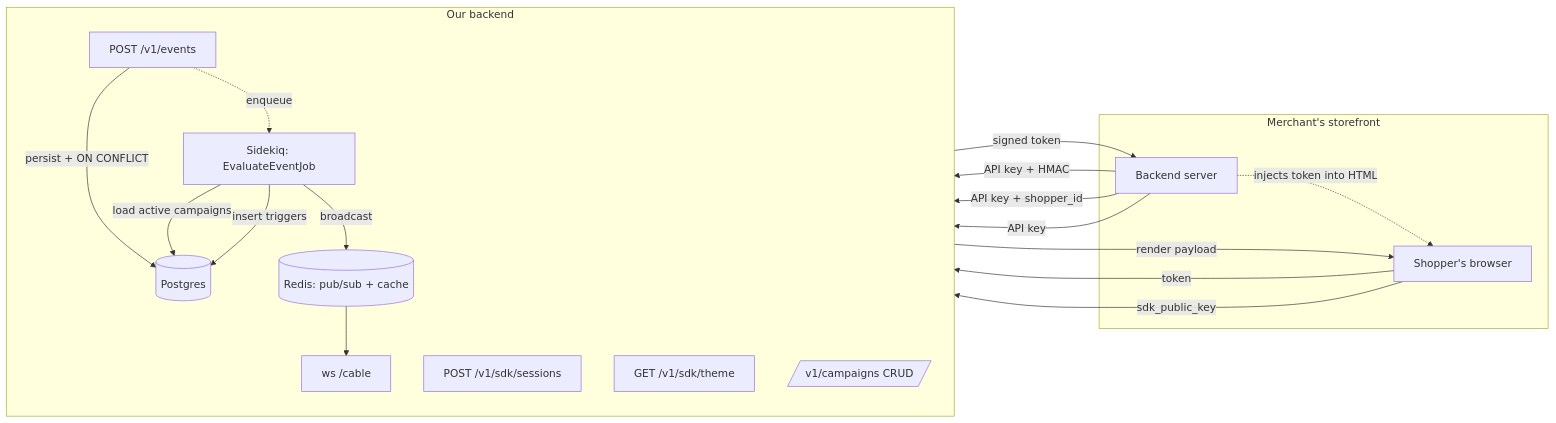
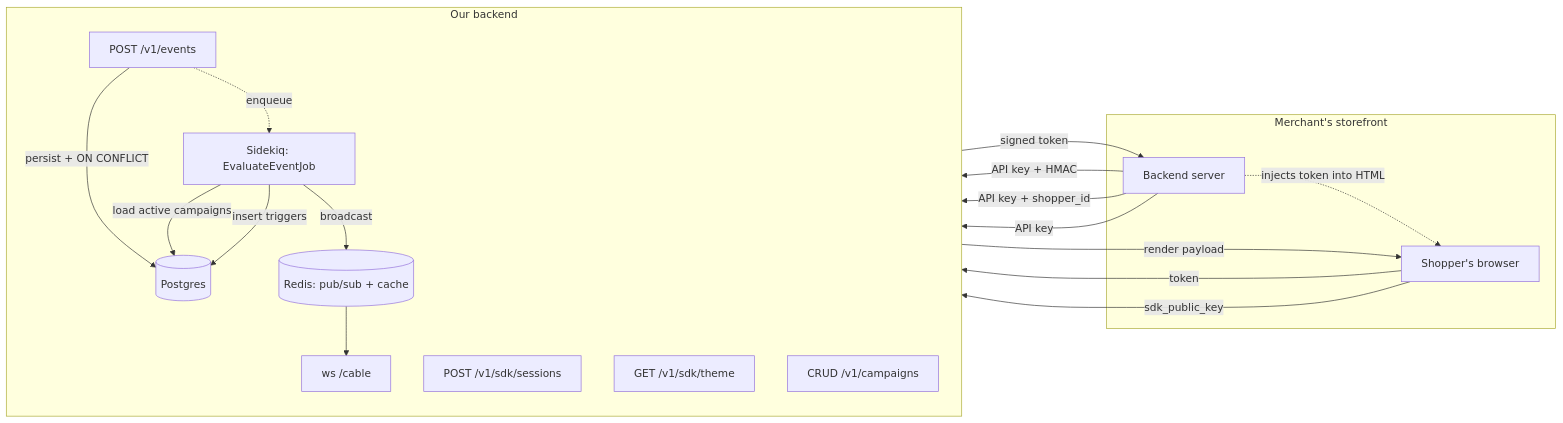
One commit to rebase-master/99minds-embeddable-widget-platform changed the diagram in README.md. Above: the diagram before and after it, drawn with Mermaid.

Commit message:
Fix: Mermaid diagram node label quoting
CM[/v1/campaigns CRUD/] rendered as a parallelogram (Mermaid shape
syntax) instead of a rectangle. Quote all labels with /, :, + to
prevent shape-marker misinterpretation across Mermaid versions.

````diff
--- a/README.md
+++ b/README.md
@@ -132,35 +132,35 @@
 ```mermaid
 flowchart LR
   subgraph storefront["Merchant's storefront"]
     SF[Backend server]
-    BR[Shopper's browser]
+    BR["Shopper's browser"]
   end
 
   subgraph backend["Our backend"]
     direction TB
-    EV[POST /v1/events]
-    SE[POST /v1/sdk/sessions]
-    TH[GET /v1/sdk/theme]
-    CM[/v1/campaigns CRUD/]
-    WS[ws /cable]
-    SK[Sidekiq: EvaluateEventJob]
+    EV["POST /v1/events"]
+    SE["POST /v1/sdk/sessions"]
+    TH["GET /v1/sdk/theme"]
+    CM["CRUD /v1/campaigns"]
+    WS["ws /cable"]
+    SK["Sidekiq: EvaluateEventJob"]
     PG[(Postgres)]
-    RD[(Redis: pub/sub + cache)]
+    RD[("Redis: pub/sub + cache")]
   end
 
-  SF -- API key + HMAC --> EV
-  SF -- API key + shopper_id --> SE
-  SE -- signed token --> SF
-  SF -. injects token into HTML .-> BR
+  SF -- "API key + HMAC" --> EV
+  SF -- "API key + shopper_id" --> SE
+  SE -- "signed token" --> SF
+  SF -. "injects token into HTML" .-> BR
   BR -- token --> WS
   BR -- sdk_public_key --> TH
-  SF -- API key --> CM
+  SF -- "API key" --> CM
 
-  EV -- persist + ON CONFLICT --> PG
+  EV -- "persist + ON CONFLICT" --> PG
   EV -. enqueue .-> SK
-  SK -- load active campaigns --> PG
-  SK -- insert triggers --> PG
+  SK -- "load active campaigns" --> PG
+  SK -- "insert triggers" --> PG
   SK -- broadcast --> RD
   RD --> WS
-  WS -- render payload --> BR
+  WS -- "render payload" --> BR
 ```
````
